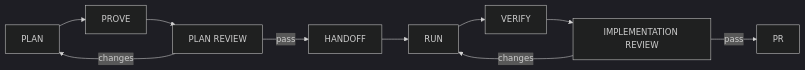
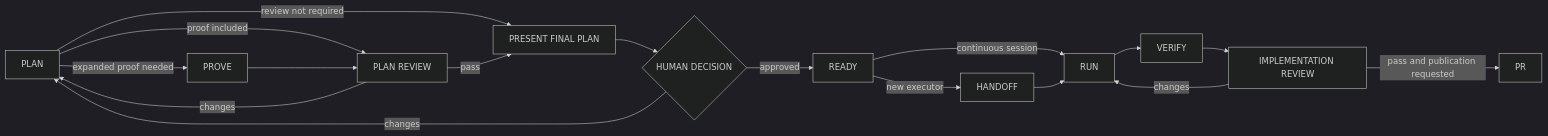
One commit to riidii-md/agentnyk-maisternia changed the diagram in docs/REVIEW-WORKFLOW.md. Above: the diagram before and after it, drawn with Mermaid (dark theme). The commit also changed other lines of this file and 12 other files, not shown here.

Commit message:
feat: optimize standard work approval flow

````diff
--- a/docs/REVIEW-WORKFLOW.md
+++ b/docs/REVIEW-WORKFLOW.md
@@ -29,12 +29,19 @@
 ```mermaid
 flowchart LR
-    PLAN[PLAN] --> PROVE[PROVE]
-    PROVE --> PLANREVIEW[PLAN REVIEW]
-    PLANREVIEW -->|pass| HANDOFF[HANDOFF]
+    PLAN[PLAN] -->|expanded proof needed| PROVE[PROVE]
+    PLAN -->|proof included| PLANREVIEW[PLAN REVIEW]
+    PLAN -->|review not required| PRESENT[PRESENT FINAL PLAN]
+    PROVE --> PLANREVIEW
+    PLANREVIEW -->|pass| PRESENT
     PLANREVIEW -->|changes| PLAN
-    HANDOFF --> RUN[RUN]
+    PRESENT --> DECIDE{HUMAN DECISION}
+    DECIDE -->|changes| PLAN
+    DECIDE -->|approved| READY[READY]
+    READY -->|new executor| HANDOFF[HANDOFF]
+    READY -->|continuous session| RUN[RUN]
+    HANDOFF --> RUN
     RUN --> VERIFY[VERIFY]
     VERIFY --> IMPLREVIEW[IMPLEMENTATION REVIEW]
-    IMPLREVIEW -->|pass| PR[PR]
+    IMPLREVIEW -->|pass and publication requested| PR[PR]
     IMPLREVIEW -->|changes| RUN
 ```
````
